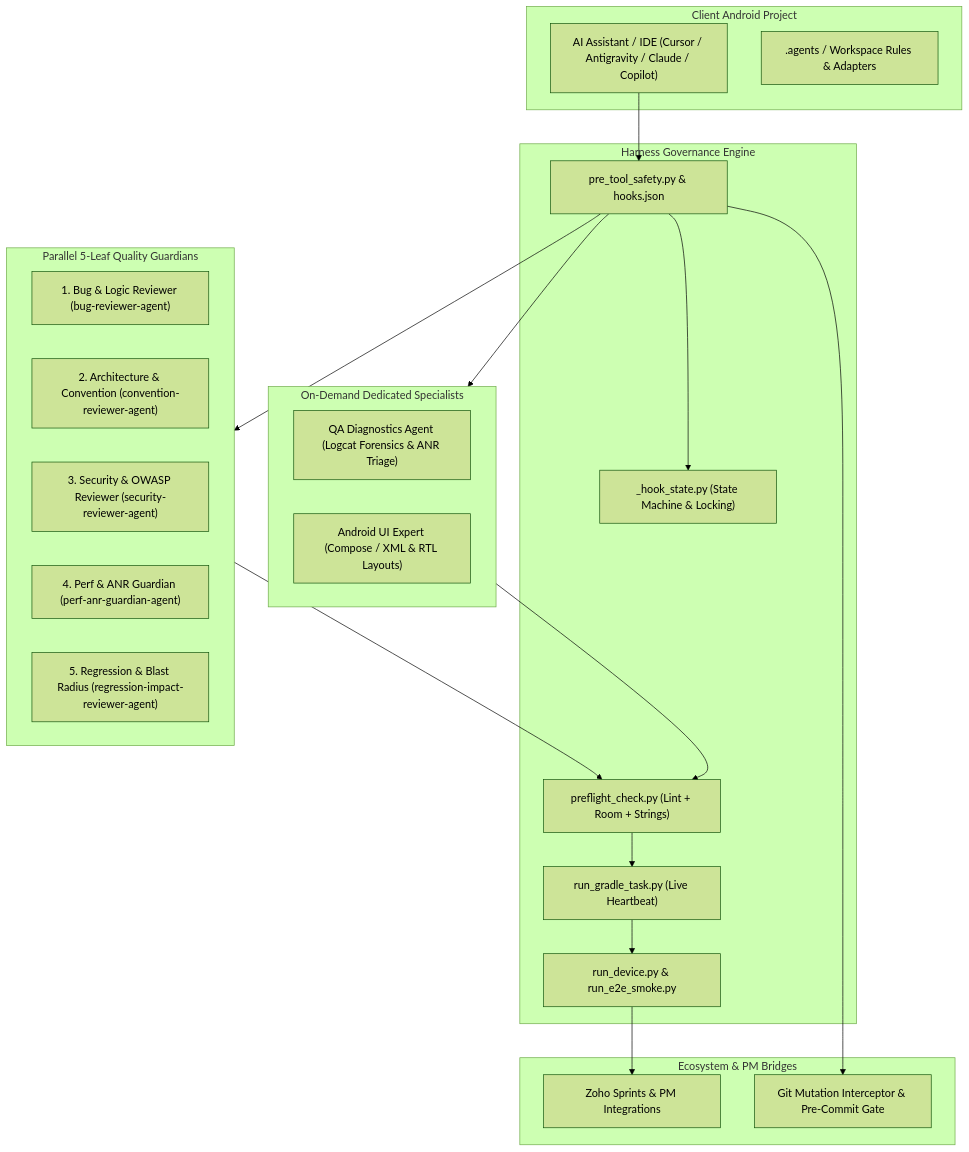
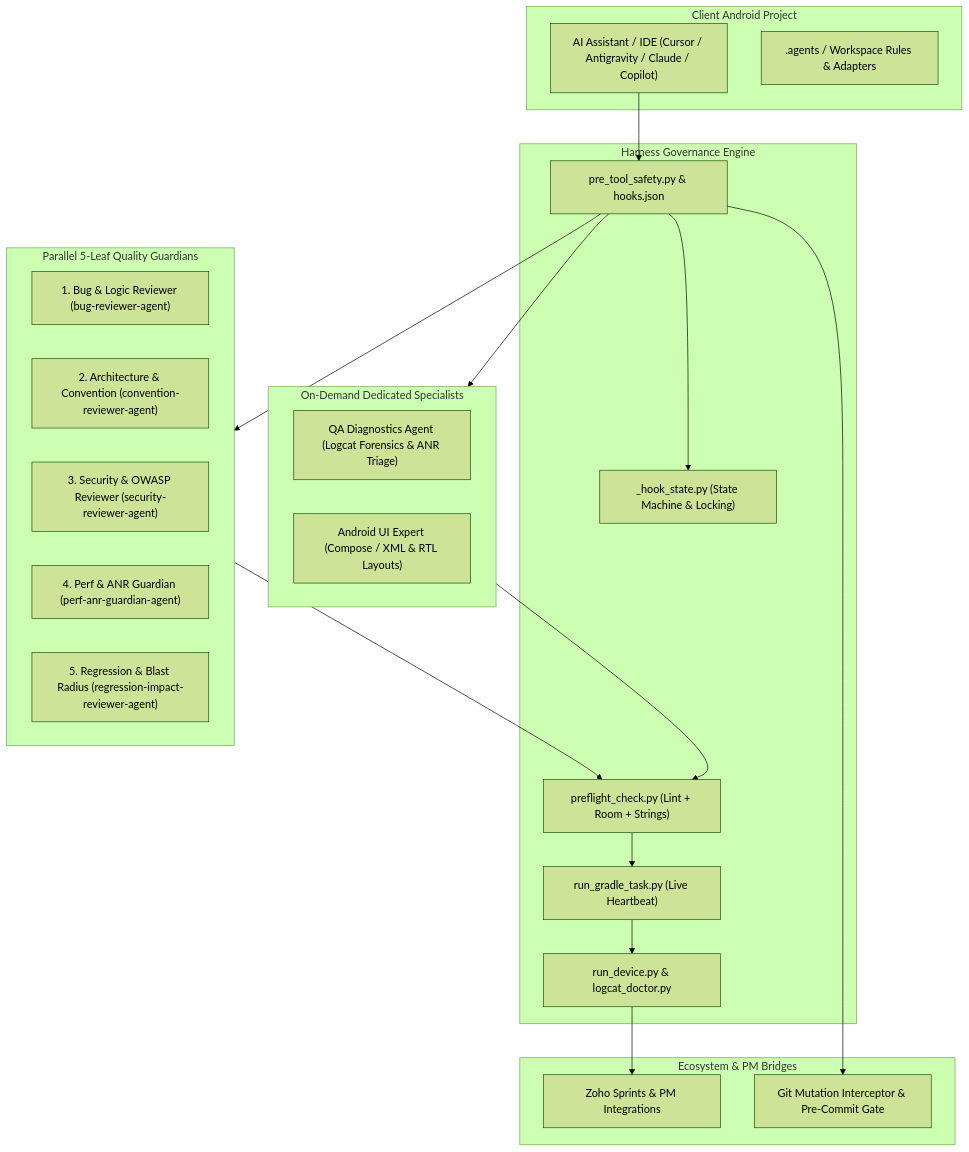
One commit to rabee-elkholy/android-agent-harness changed the first of 2 diagrams in docs/architecture.md. Above: the diagram before and after it, drawn with Mermaid (forest theme). The commit also changed 8 other files, not shown here.

````diff
--- a/docs/architecture.md
+++ b/docs/architecture.md
@@ -10,44 +10,44 @@
 ```mermaid
 graph TB
     subgraph Client ["Client Android Project"]
         IDE["AI Assistant / IDE (Cursor / Antigravity / Claude / Copilot)"]
         FS[".agents / Workspace Rules & Adapters"]
     end
 
     subgraph Governance ["Harness Governance Engine"]
         SafetyHooks["pre_tool_safety.py & hooks.json"]
         StateManager["_hook_state.py (State Machine & Locking)"]
         Preflight["preflight_check.py (Lint + Room + Strings)"]
         GradleStream["run_gradle_task.py (Live Heartbeat)"]
-        DeviceRunner["run_device.py & run_e2e_smoke.py"]
+        DeviceRunner["run_device.py & logcat_doctor.py"]
     end
 
     subgraph Reviewers ["Parallel 5-Leaf Quality Guardians"]
         R1["1. Bug & Logic Reviewer (bug-reviewer-agent)"]
         R2["2. Architecture & Convention (convention-reviewer-agent)"]
         R3["3. Security & OWASP Reviewer (security-reviewer-agent)"]
         R4["4. Perf & ANR Guardian (perf-anr-guardian-agent)"]
         R5["5. Regression & Blast Radius (regression-impact-reviewer-agent)"]
     end
 
     subgraph Specialists ["On-Demand Dedicated Specialists"]
         S1["QA Diagnostics Agent (Logcat Forensics & ANR Triage)"]
         S2["Android UI Expert (Compose / XML & RTL Layouts)"]
     end
 
     subgraph Integrations ["Ecosystem & PM Bridges"]
         ZohoMCP["Zoho Sprints & PM Integrations"]
         GitGuard["Git Mutation Interceptor & Pre-Commit Gate"]
     end
 
     IDE --> SafetyHooks
     SafetyHooks --> StateManager
     SafetyHooks --> GitGuard
     SafetyHooks --> Reviewers
     SafetyHooks --> Specialists
     Reviewers --> Preflight
     Specialists --> Preflight
     Preflight --> GradleStream
     GradleStream --> DeviceRunner
     DeviceRunner --> ZohoMCP
 ```
````
